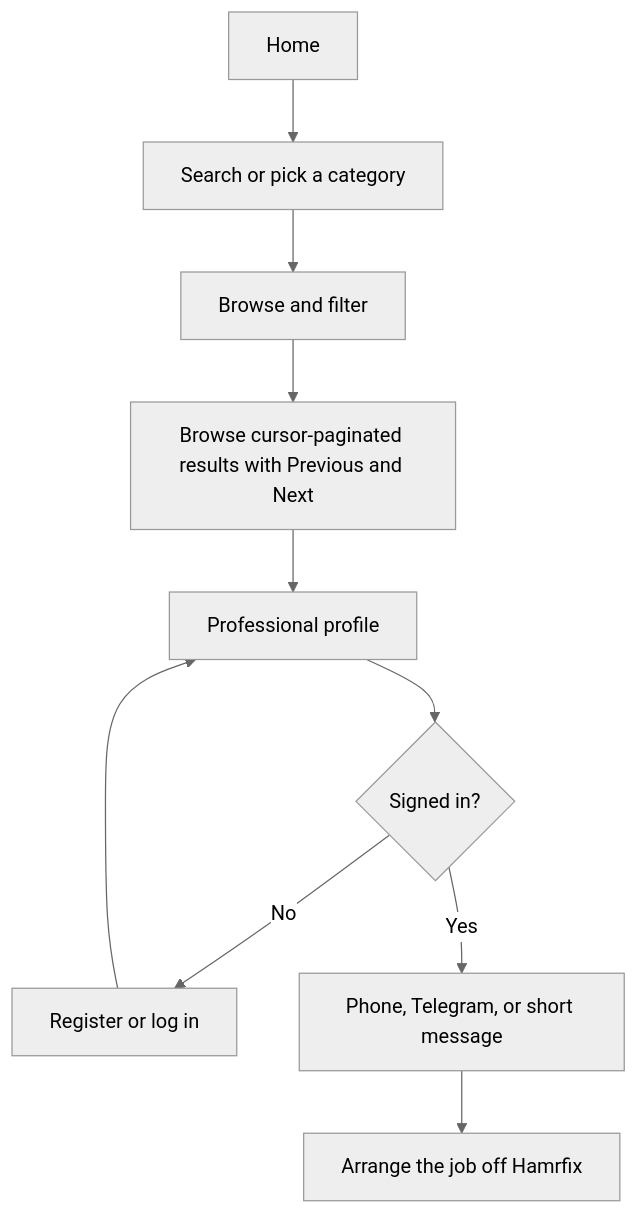
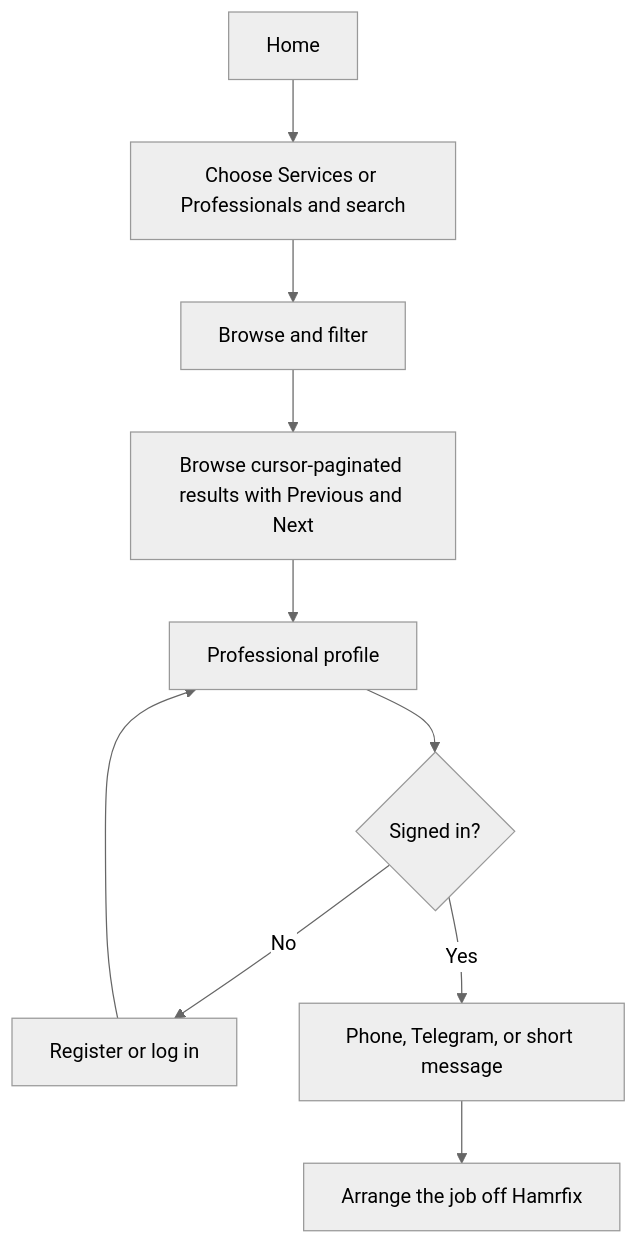
Before and after one commit to JoeAsn/HamrFix: the first of 2 diagrams in documnetations/user-flows.md, drawn with Mermaid (neutral theme). The commit also changed 10 other files, not shown here.

````diff
--- a/documnetations/user-flows.md
+++ b/documnetations/user-flows.md
@@ -5,12 +5,12 @@
 ```mermaid
 flowchart TD
-  A[Home] --> B[Search or pick a category]
+  A[Home] --> B[Choose Services or Professionals and search]
   B --> C[Browse and filter]
   C --> D[Browse cursor-paginated results with Previous and Next]
   D --> E[Professional profile]
   E --> F{Signed in?}
   F -->|No| G[Register or log in]
   G --> E
   F -->|Yes| H[Phone, Telegram, or short message]
   H --> I[Arrange the job off Hamrfix]
 ```
````
